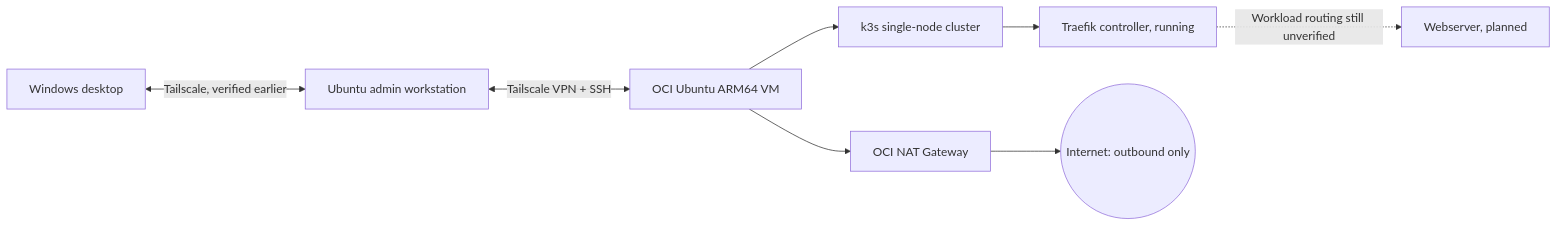
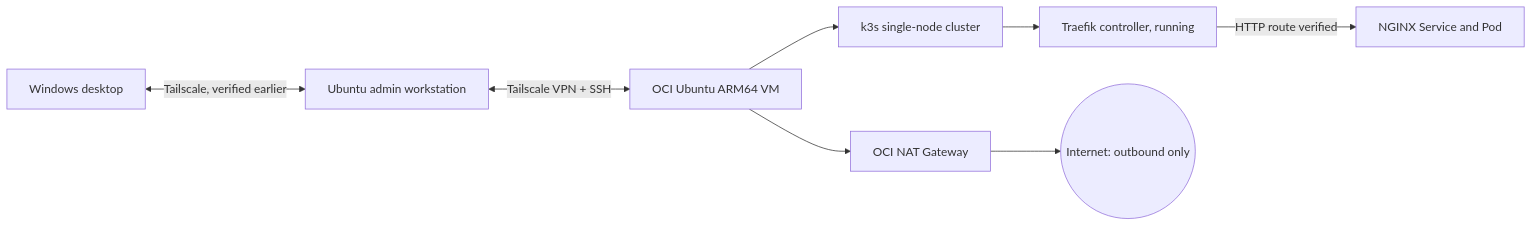
Before and after one commit to S0tallySabl3/kubernetes: the diagram in secure-kubernetes-homelab-oracle-cloud-updated(1)/secure-kubernetes-homelab/docs/architecture.md, drawn with Mermaid. The commit also changed other lines of this file and 7 other files, not shown here.

````diff
--- a/secure-kubernetes-homelab-oracle-cloud-updated(1)/secure-kubernetes-homelab/docs/architecture.md
+++ b/secure-kubernetes-homelab-oracle-cloud-updated(1)/secure-kubernetes-homelab/docs/architecture.md
@@ -5,10 +5,10 @@
 ```mermaid
 flowchart LR
   Admin[Ubuntu admin workstation] <-->|Tailscale VPN + SSH| Server[OCI Ubuntu ARM64 VM]
   Server --> K3s[k3s single-node cluster]
   K3s --> Ingress[Traefik controller, running]
-  Ingress -. Workload routing still unverified .-> Web[Webserver, planned]
+  Ingress -->|HTTP route verified| Web[NGINX Service and Pod]
   Server --> NAT[OCI NAT Gateway]
   NAT --> Internet((Internet: outbound only))
   Desktop[Windows desktop] <-->|Tailscale, verified earlier| Admin
 ```
````
